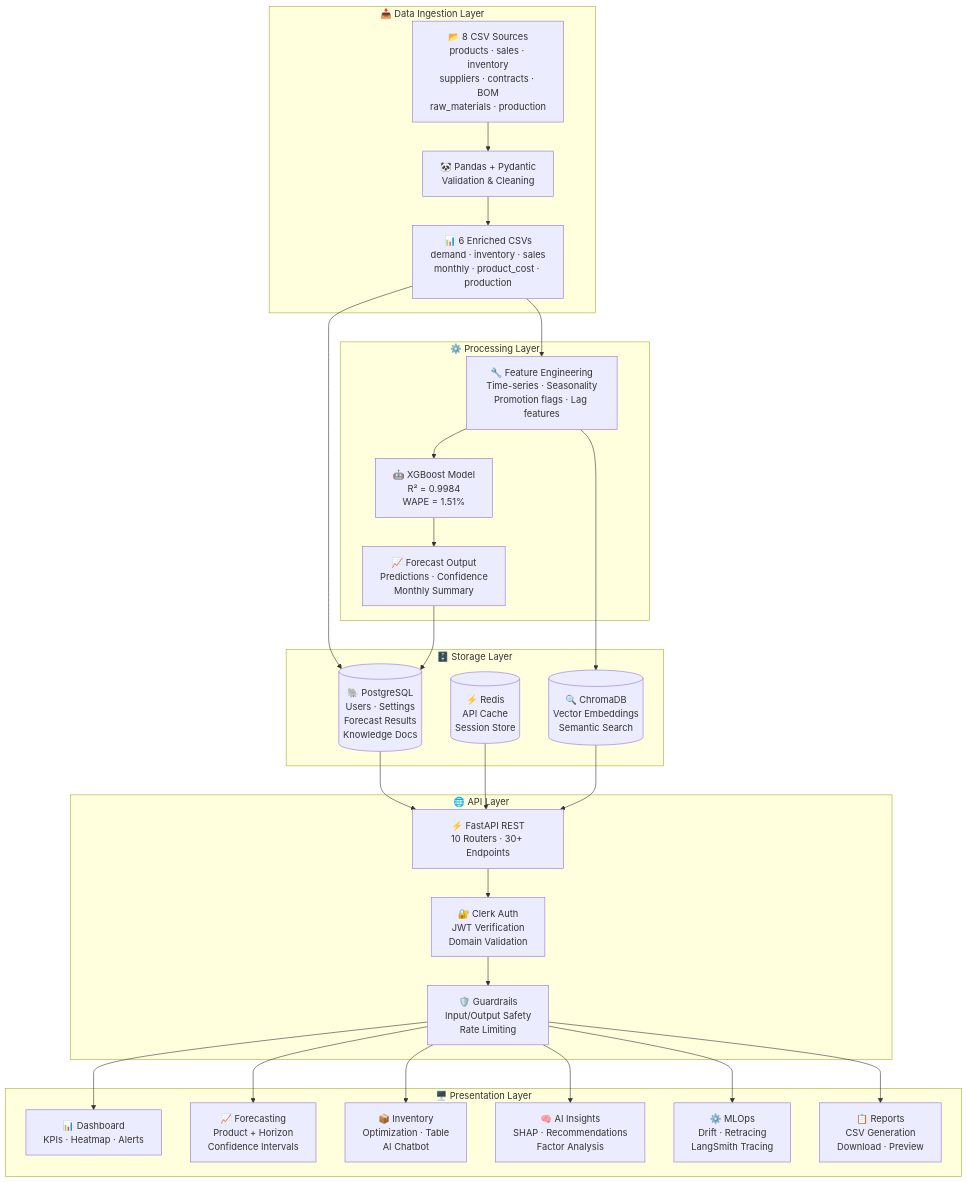
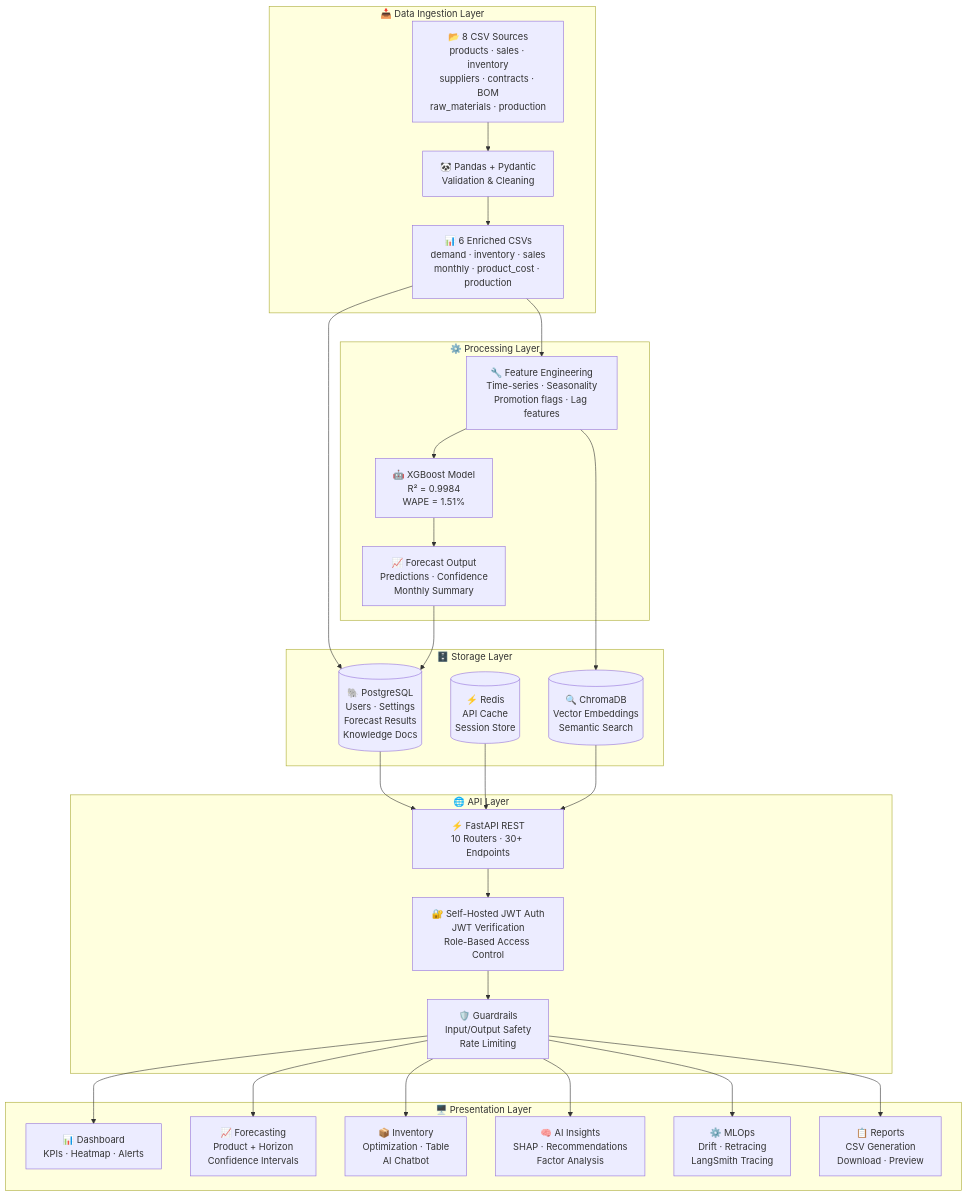
The second of 11 diagrams in README.md (IbrahimAbdelsattar/SupplyMindAI), drawn with Mermaid before and after one commit. The commit also changed other lines of this file and 89 other files, not shown here.

Commit message:
feat: implement multi-agent copilot graph and system prompt for Egyptian Arabic interface support

````diff
--- a/README.md
+++ b/README.md
@@ -275,46 +275,46 @@
 ```mermaid
 flowchart TD
     subgraph INGESTION["📥 Data Ingestion Layer"]
         CSV["📂 8 CSV Sources\nproducts · sales · inventory\nsuppliers · contracts · BOM\nraw_materials · production"]
         PANDAS["🐼 Pandas + Pydantic\nValidation & Cleaning"]
         ENRICHED["📊 6 Enriched CSVs\ndemand · inventory · sales\nmonthly · product_cost · production"]
     end
 
     subgraph PROCESSING["⚙️ Processing Layer"]
         FEAT["🔧 Feature Engineering\nTime-series · Seasonality\nPromotion flags · Lag features"]
         XGBOOST["🤖 XGBoost Model\nR² = 0.9984\nWAPE = 1.51%"]
         FORECAST["📈 Forecast Output\nPredictions · Confidence\nMonthly Summary"]
     end
 
     subgraph STORAGE["🗄️ Storage Layer"]
         PG[("🐘 PostgreSQL\nUsers · Settings\nForecast Results\nKnowledge Docs")]
         REDIS[("⚡ Redis\nAPI Cache\nSession Store")]
         CHROMA[("🔍 ChromaDB\nVector Embeddings\nSemantic Search")]
     end
 
     subgraph API_LAYER["🌐 API Layer"]
         REST["⚡ FastAPI REST\n10 Routers · 30+ Endpoints"]
-        AUTH["🔐 Clerk Auth\nJWT Verification\nDomain Validation"]
+        AUTH["🔐 Self-Hosted JWT Auth\nJWT Verification\nRole-Based Access Control"]
         GUARD["🛡️ Guardrails\nInput/Output Safety\nRate Limiting"]
     end
 
     subgraph PRESENTATION["🖥️ Presentation Layer"]
         DASH["📊 Dashboard\nKPIs · Heatmap · Alerts"]
         FORE["📈 Forecasting\nProduct + Horizon\nConfidence Intervals"]
         INV["📦 Inventory\nOptimization · Table\nAI Chatbot"]
         INS["🧠 AI Insights\nSHAP · Recommendations\nFactor Analysis"]
         MLOPS["⚙️ MLOps\nDrift · Retracing\nLangSmith Tracing"]
         REP["📋 Reports\nCSV Generation\nDownload · Preview"]
     end
 
     CSV --> PANDAS --> ENRICHED
     ENRICHED --> FEAT --> XGBOOST --> FORECAST
     ENRICHED --> PG
     FORECAST --> PG
     FEAT --> CHROMA
     PG --> REST
     REDIS --> REST
     CHROMA --> REST
     REST --> AUTH --> GUARD
     GUARD --> DASH & FORE & INV & INS & MLOPS & REP
 ```
````
